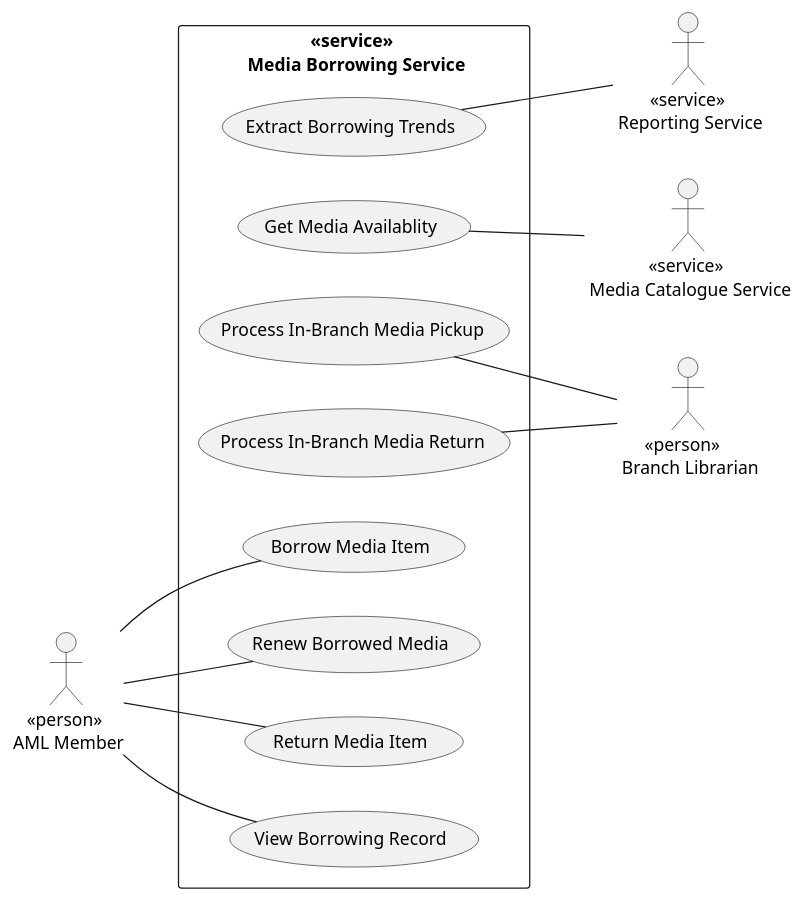
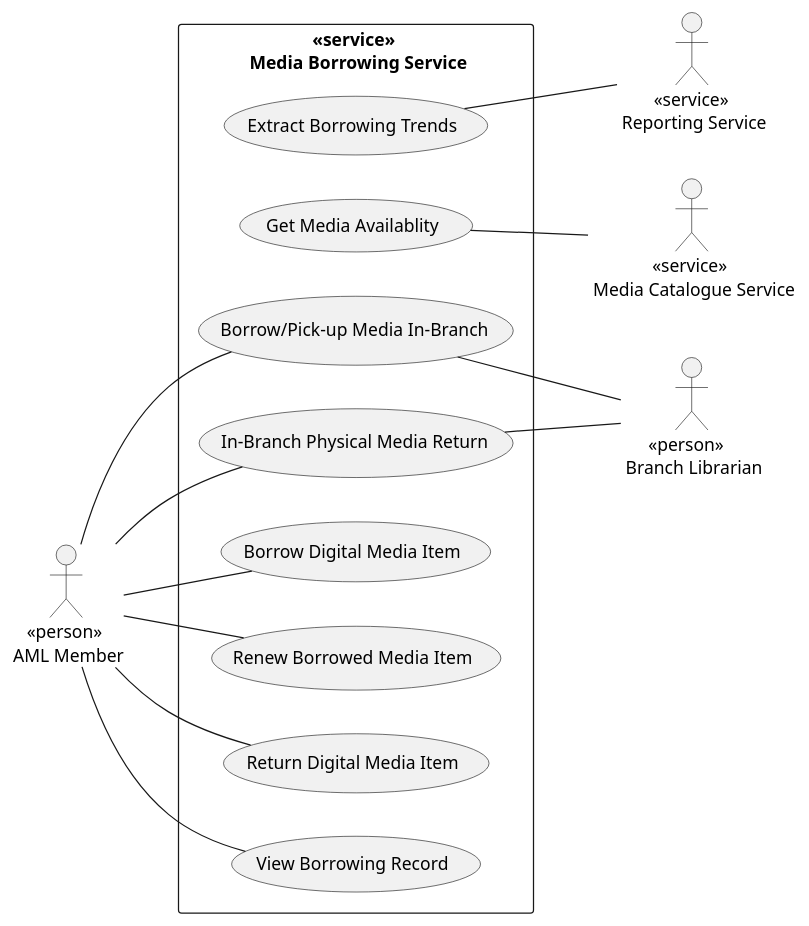
Before and after one commit to Nox-iv/group-11: the diagram in documentation/use-cases/media-borrowing/media-borrowing.puml, drawn with PlantUML. The commit also changed 1 other file, not shown here.

Commit message:
Tweak branch librarian use cases and remove outdated png.

```diff
--- a/documentation/use-cases/media-borrowing/media-borrowing.puml
+++ b/documentation/use-cases/media-borrowing/media-borrowing.puml
@@ -1,31 +1,33 @@
 @startuml media-borrowing
 left to right direction
 
 rectangle "<<service>> \n Media Borrowing Service" {
-    (Borrow Media Item) as borrow_media
-    (Renew Borrowed Media) as renew_media
-    (Return Media Item) as return_media
+    (Borrow Digital Media Item) as borrow_media
+    (Renew Borrowed Media Item) as renew_media
+    (Return Digital Media Item) as return_media
     (View Borrowing Record) as view_borrowing_record
     (Get Media Availablity) as get_availability
     (Extract Borrowing Trends) as extract_trends
-    (Process In-Branch Media Return) as process_return
-    (Process In-Branch Media Pickup) as process_pickup
+    (In-Branch Physical Media Return) as process_return
+    (Borrow/Pick-up Media In-Branch) as process_borrow
 }
 
 :    <<person>> \n AML Member: as aml_member 
 :      <<person>> \n Branch Librarian: as librarian
 :              <<service>> \n Media Catalogue Service: as media_catalogue
 :        <<service>> \n Reporting Service: as reporting_service
 
 
 aml_member -- borrow_media
 aml_member -- renew_media
 aml_member -- return_media
 aml_member -- view_borrowing_record
+aml_member -- process_return
+aml_member -- process_borrow
 librarian -u- process_return
-librarian -u- process_pickup
+librarian -u- process_borrow
 
 media_catalogue -u- get_availability
 reporting_service -u- extract_trends
 
 @enduml
```
